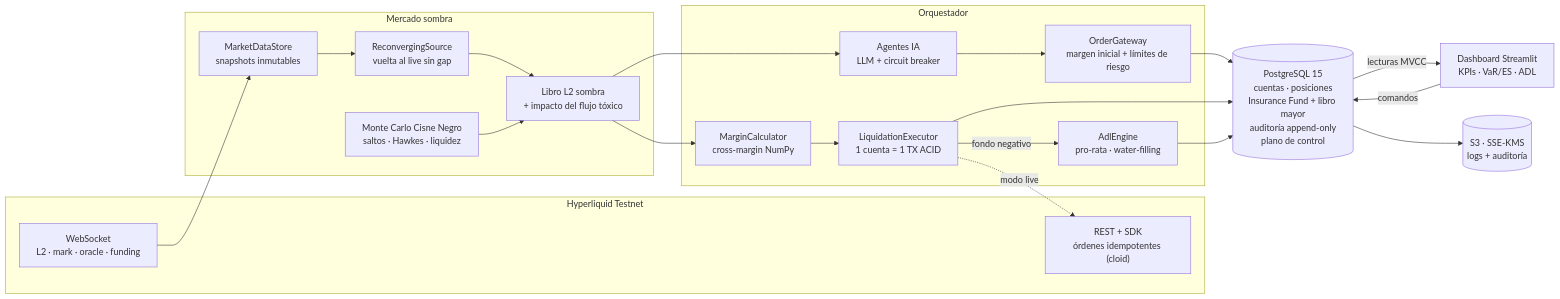
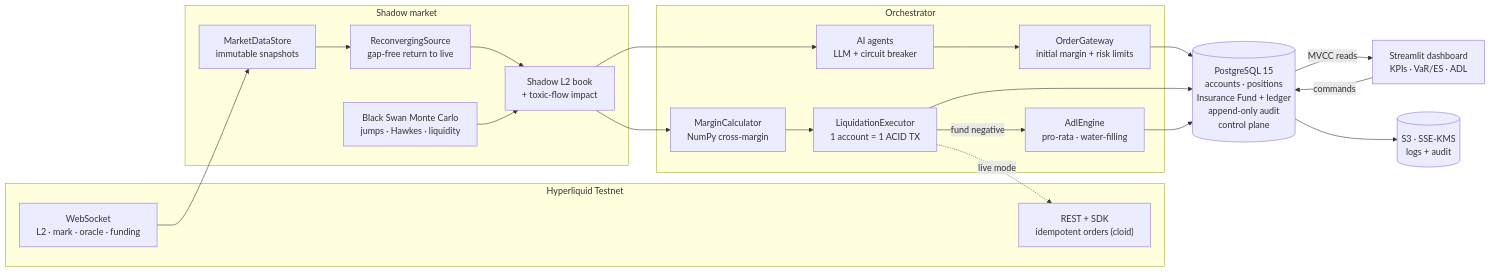
Before and after one commit to Carlossmartins1/ai_quant_risk_engine: the first of 2 diagrams in README.md, drawn with Mermaid. The commit also changed other lines of this file, not shown here.

````diff
--- a/README.md
+++ b/README.md
@@ -30,36 +30,36 @@
 ```mermaid
 flowchart LR
     subgraph EXT["Hyperliquid Testnet"]
         WS["WebSocket<br/>L2 · mark · oracle · funding"]
-        REST["REST + SDK<br/>órdenes idempotentes (cloid)"]
+        REST["REST + SDK<br/>idempotent orders (cloid)"]
     end
 
-    subgraph MKT["Mercado sombra"]
-        STORE["MarketDataStore<br/>snapshots inmutables"]
-        MC["Monte Carlo Cisne Negro<br/>saltos · Hawkes · liquidez"]
-        RECON["ReconvergingSource<br/>vuelta al live sin gap"]
-        SHADOW["Libro L2 sombra<br/>+ impacto del flujo tóxico"]
+    subgraph MKT["Shadow market"]
+        STORE["MarketDataStore<br/>immutable snapshots"]
+        MC["Black Swan Monte Carlo<br/>jumps · Hawkes · liquidity"]
+        RECON["ReconvergingSource<br/>gap-free return to live"]
+        SHADOW["Shadow L2 book<br/>+ toxic-flow impact"]
     end
 
-    subgraph ORCH["Orquestador"]
-        AG["Agentes IA<br/>LLM + circuit breaker"]
-        GW["OrderGateway<br/>margen inicial + límites de riesgo"]
-        RISK["MarginCalculator<br/>cross-margin NumPy"]
-        LIQ["LiquidationExecutor<br/>1 cuenta = 1 TX ACID"]
+    subgraph ORCH["Orchestrator"]
+        AG["AI agents<br/>LLM + circuit breaker"]
+        GW["OrderGateway<br/>initial margin + risk limits"]
+        RISK["MarginCalculator<br/>NumPy cross-margin"]
+        LIQ["LiquidationExecutor<br/>1 account = 1 ACID TX"]
         ADL["AdlEngine<br/>pro-rata · water-filling"]
     end
 
-    DB[("PostgreSQL 15<br/>cuentas · posiciones<br/>Insurance Fund + libro mayor<br/>auditoría append-only<br/>plano de control")]
-    DASH["Dashboard Streamlit<br/>KPIs · VaR/ES · ADL"]
-    S3[("S3 · SSE-KMS<br/>logs + auditoría")]
+    DB[("PostgreSQL 15<br/>accounts · positions<br/>Insurance Fund + ledger<br/>append-only audit<br/>control plane")]
+    DASH["Streamlit dashboard<br/>KPIs · VaR/ES · ADL"]
+    S3[("S3 · SSE-KMS<br/>logs + audit")]
 
     WS --> STORE --> RECON --> SHADOW
     MC --> SHADOW
     SHADOW --> AG --> GW --> DB
     SHADOW --> RISK --> LIQ --> DB
-    LIQ -- "fondo negativo" --> ADL --> DB
-    LIQ -. "modo live" .-> REST
-    DB -- "lecturas MVCC" --> DASH
-    DASH -- "comandos" --> DB
+    LIQ -- "fund negative" --> ADL --> DB
+    LIQ -. "live mode" .-> REST
+    DB -- "MVCC reads" --> DASH
+    DASH -- "commands" --> DB
     DB --> S3
 ```
````
